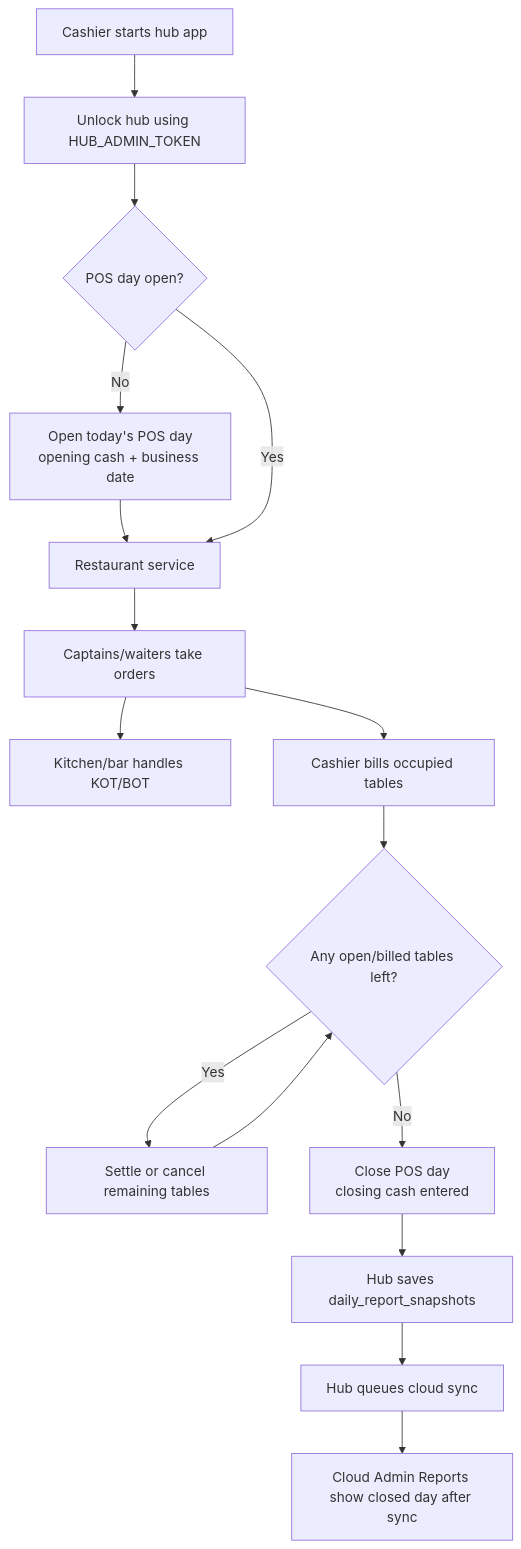
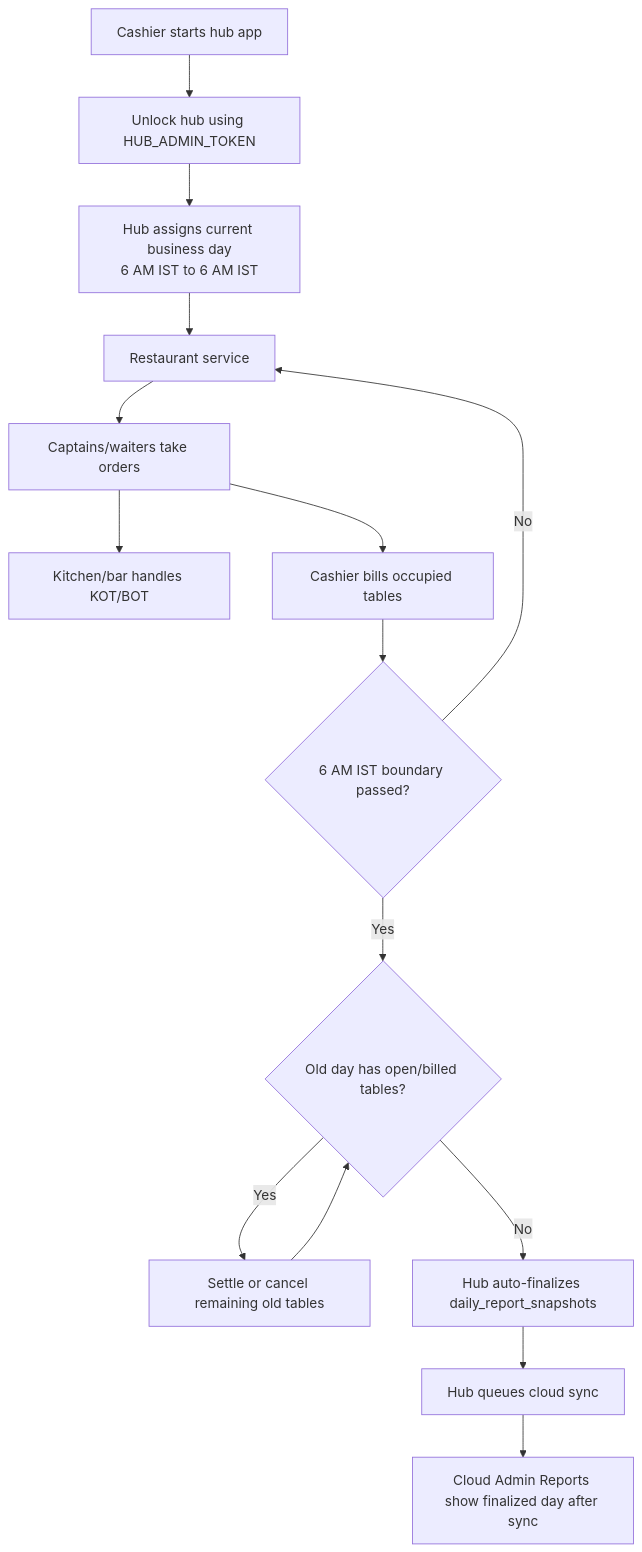
One commit to shubham909090/Open-POS changed the fifth of 17 diagrams in flowchart.md. Above: the diagram before and after it, drawn with Mermaid. The commit also changed other lines of this file and 37 other files, not shown here.

Commit message:
Refactor Convex agent workflows and update UI flows

````diff
--- a/flowchart.md
+++ b/flowchart.md
@@ -160,32 +160,30 @@
 ```mermaid
 flowchart TD
   Start["Cashier starts hub app"]
   Unlock["Unlock hub using HUB_ADMIN_TOKEN"]
-  DayOpen{"POS day open?"}
-  OpenDay["Open today's POS day<br/>opening cash + business date"]
+  AutoDay["Hub assigns current business day<br/>6 AM IST to 6 AM IST"]
   Service["Restaurant service"]
   Orders["Captains/waiters take orders"]
   Kitchen["Kitchen/bar handles KOT/BOT"]
   Billing["Cashier bills occupied tables"]
-  ReadyClose{"Any open/billed tables left?"}
-  FixTables["Settle or cancel remaining tables"]
-  CloseDay["Close POS day<br/>closing cash entered"]
-  LocalReport["Hub saves daily_report_snapshots"]
+  Boundary{"6 AM IST boundary passed?"}
+  ReadyFinalize{"Old day has open/billed tables?"}
+  FixTables["Settle or cancel remaining old tables"]
+  LocalReport["Hub auto-finalizes daily_report_snapshots"]
   SyncCloud["Hub queues cloud sync"]
-  CloudReport["Cloud Admin Reports show closed day after sync"]
+  CloudReport["Cloud Admin Reports show finalized day after sync"]
 
   Start --> Unlock
-  Unlock --> DayOpen
-  DayOpen -- "No" --> OpenDay
-  OpenDay --> Service
-  DayOpen -- "Yes" --> Service
+  Unlock --> AutoDay
+  AutoDay --> Service
   Service --> Orders
   Orders --> Kitchen
   Orders --> Billing
-  Billing --> ReadyClose
-  ReadyClose -- "Yes" --> FixTables --> ReadyClose
-  ReadyClose -- "No" --> CloseDay
-  CloseDay --> LocalReport
+  Billing --> Boundary
+  Boundary -- "No" --> Service
+  Boundary -- "Yes" --> ReadyFinalize
+  ReadyFinalize -- "Yes" --> FixTables --> ReadyFinalize
+  ReadyFinalize -- "No" --> LocalReport
   LocalReport --> SyncCloud
   SyncCloud --> CloudReport
 ```
````
